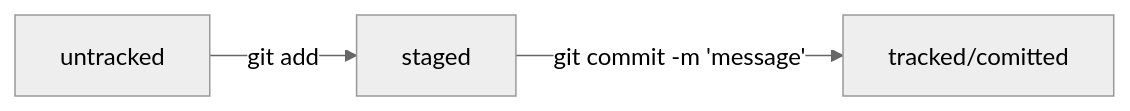
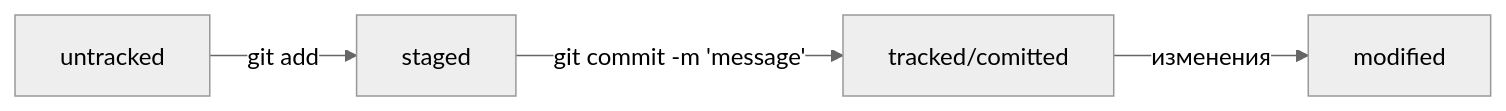
Before and after one commit to Aleksandri-A/git_tutor: the diagram in README.md, drawn with Mermaid (neutral theme). The commit also changed other lines of this file, not shown here.

````diff
--- a/README.md
+++ b/README.md
@@ -234,5 +234,6 @@
 ```mermaid
 graph LR;
   untracked -- "git add" --> staged;
   staged    -- "git commit -m 'message'"  --> tracked/comitted;
+  tracked/comitted -- изменения --> modified
 ``` 
````
